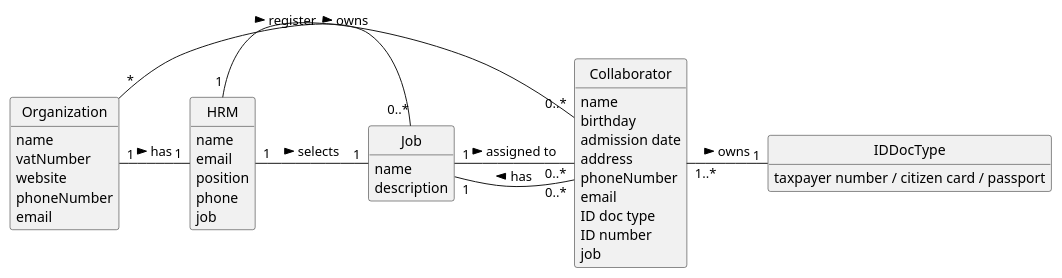
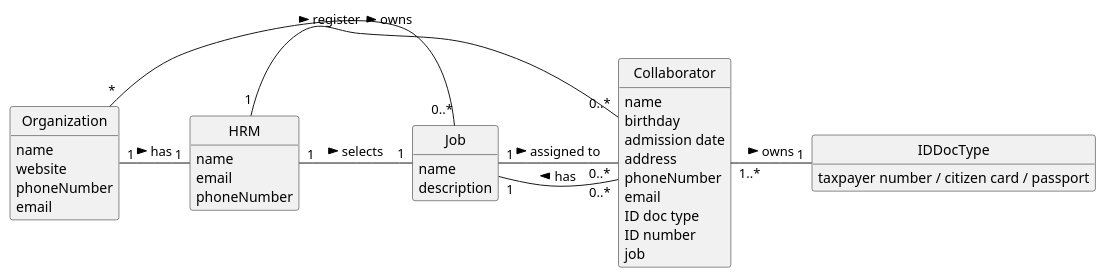
One commit to daniel41silva05/ISEP_2023_2024_LAPR2 changed the diagram in docs/sprintA/us003/02.analysis/puml/us003-domain-model.puml. Above: the diagram before and after it, drawn with PlantUML. The commit also changed 2 other files, not shown here.

```diff
--- a/docs/sprintA/us003/02.analysis/puml/us003-domain-model.puml
+++ b/docs/sprintA/us003/02.analysis/puml/us003-domain-model.puml
@@ -1,58 +1,55 @@
 @startuml
 skinparam monochrome true
 skinparam packageStyle rectangle
 skinparam shadowing false
 
 'left to right direction
 
 skinparam classAttributeIconSize 0
 
 hide circle
 hide methods
 
 class Organization {
     name
-    vatNumber
     website
     phoneNumber
     email
 }
 
 class Collaborator {
     name
     birthday
     admission date
     address
     phoneNumber
     email
     ID doc type
     ID number
     job
 }
 
 class HRM {
     name
     email
-    position
-    phone
-    job
+    phoneNumber
 }
 
 class Job {
     name
     description
 }
 
 class IDDocType {
     taxpayer number / citizen card / passport
 }
 
 Organization "1" - "1" HRM : has >
 Organization "*" - "0..*" Job : owns >
 HRM "1" - "1" Job : selects  >
 HRM "1" - "0..*" Collaborator : register >
 Collaborator "1..*" - "1" IDDocType : owns >
 Job "1" - "0..*" Collaborator : assigned to >
 Collaborator "0..*" - "1" Job : has >
 
 @enduml
```
